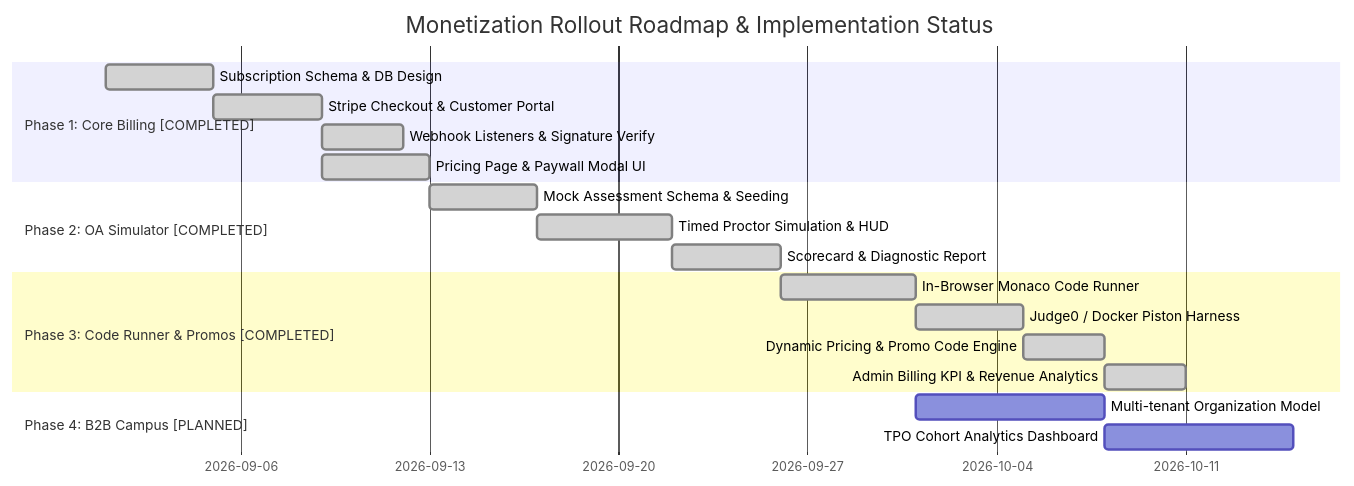
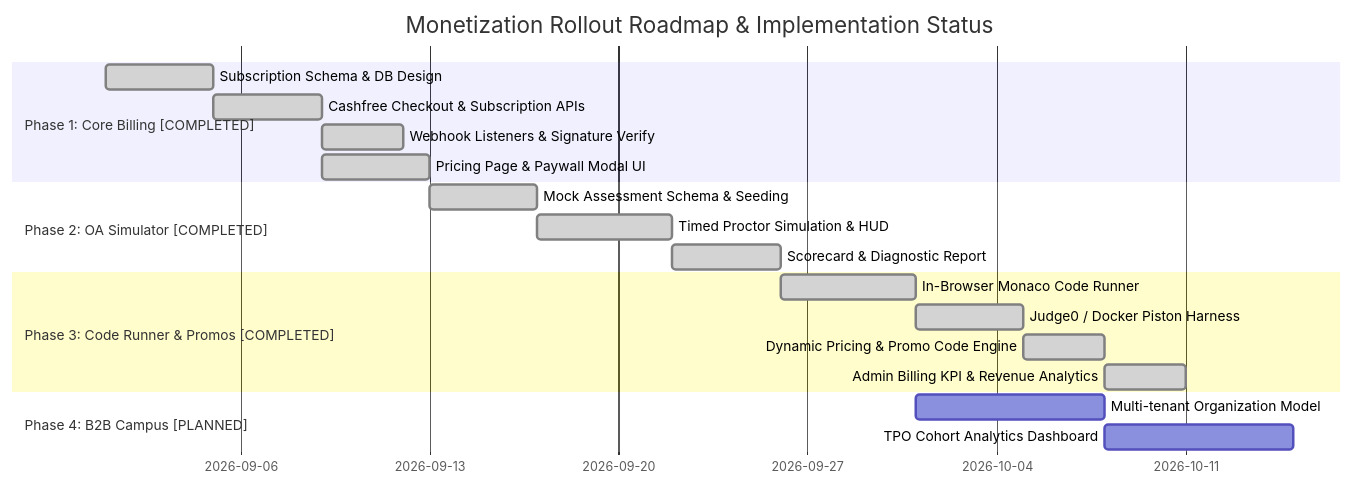
One commit to MayankV004/OA-prep changed the third of 3 diagrams in docs/monetization.md. Above: the diagram before and after it, drawn with Mermaid. The commit also changed other lines of this file and 54 other files, not shown here.

Commit message:
refactor: migrate payment gateway from Stripe to Cashfree

````diff
--- a/docs/monetization.md
+++ b/docs/monetization.md
@@ -311,22 +311,22 @@
 ```mermaid
 gantt
     title Monetization Rollout Roadmap & Implementation Status
     dateFormat  YYYY-MM-DD
     section Phase 1: Core Billing [COMPLETED]
     Subscription Schema & DB Design       :done, p1_1, 2026-09-01, 4d
-    Stripe Checkout & Customer Portal     :done, p1_2, after p1_1, 4d
+    Cashfree Checkout & Subscription APIs :done, p1_2, after p1_1, 4d
     Webhook Listeners & Signature Verify  :done, p1_3, after p1_2, 3d
     Pricing Page & Paywall Modal UI       :done, p1_4, after p1_2, 4d
     section Phase 2: OA Simulator [COMPLETED]
     Mock Assessment Schema & Seeding      :done, p2_1, after p1_4, 4d
     Timed Proctor Simulation & HUD        :done, p2_2, after p2_1, 5d
     Scorecard & Diagnostic Report         :done, p2_3, after p2_2, 4d
     section Phase 3: Code Runner & Promos [COMPLETED]
     In-Browser Monaco Code Runner         :done, p3_1, after p2_3, 5d
     Judge0 / Docker Piston Harness        :done, p3_2, after p3_1, 4d
     Dynamic Pricing & Promo Code Engine   :done, p3_3, after p3_2, 3d
     Admin Billing KPI & Revenue Analytics :done, p3_4, after p3_3, 3d
     section Phase 4: B2B Campus [PLANNED]
     Multi-tenant Organization Model       :p4_1, 2026-10-01, 7d
     TPO Cohort Analytics Dashboard        :p4_2, after p4_1, 7d
 ```
````
